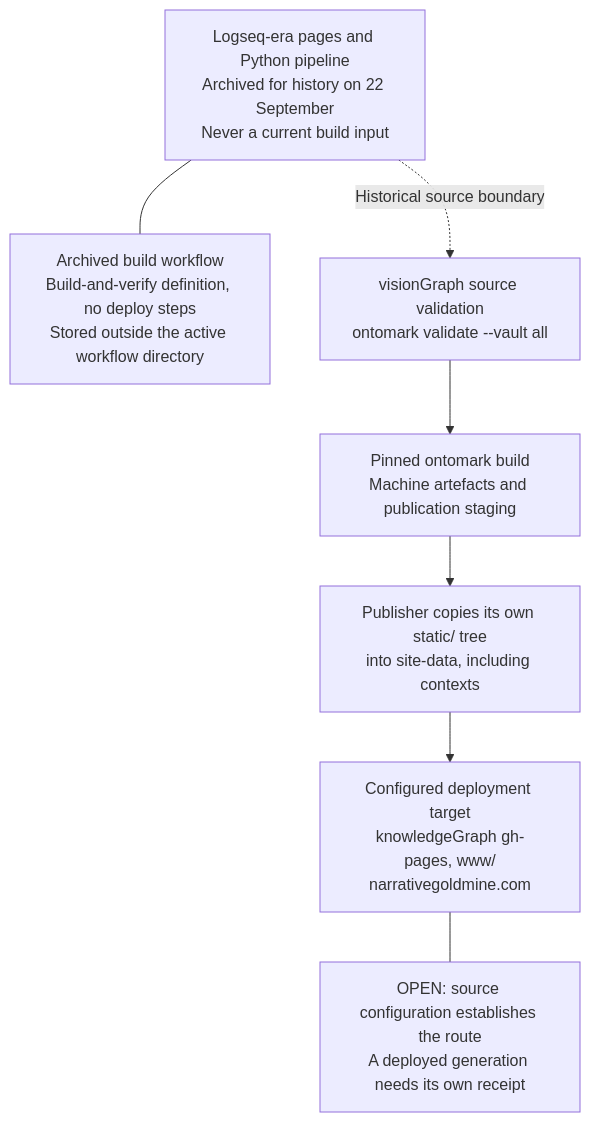
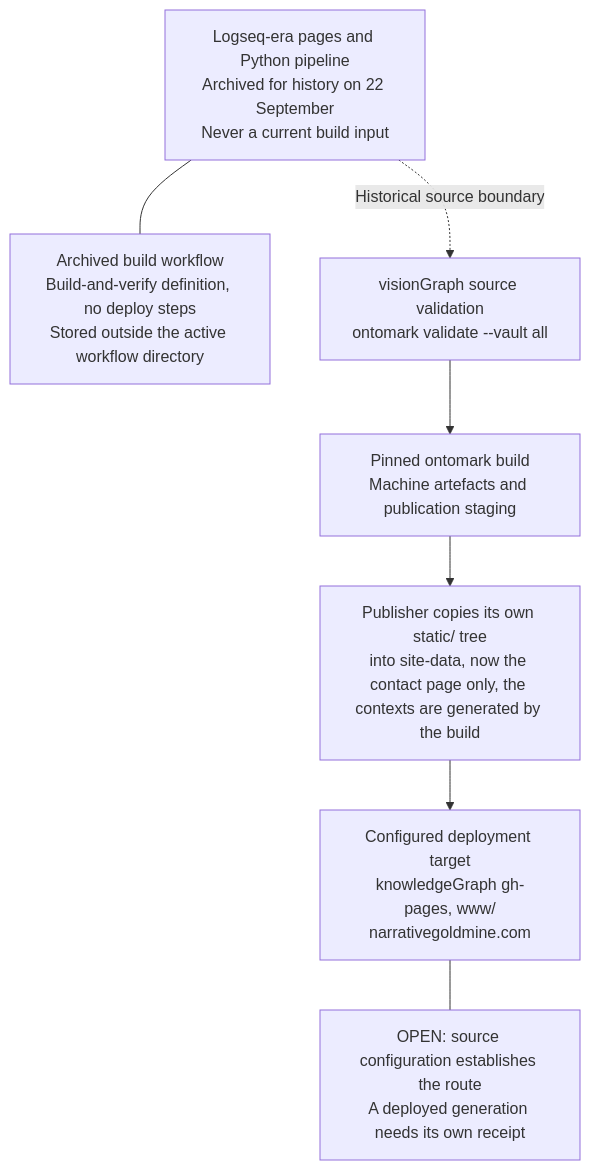
The first of 2 diagrams in docs/diagrams/knowledgegraph/01-repo-composition-and-licensing.md (DreamLab-AI/VisionFlow), drawn with Mermaid before and after one commit. The commit also changed other lines of this file and 49 other files, not shown here.

First line of the commit message:
docs(diagrams): re-derive and re-stamp VisionClaw, estate, knowledge-graph, visionGraph, VisionFlow and sidestr topics

````diff
--- a/docs/diagrams/knowledgegraph/01-repo-composition-and-licensing.md
+++ b/docs/diagrams/knowledgegraph/01-repo-composition-and-licensing.md
@@ -28,20 +28,20 @@
 ```mermaid
 flowchart TB
     %% knowledgeGraph/archive/logseq-era-2026-09-22/README.md:1
     ARC["Logseq-era pages and Python pipeline<br/>Archived for history on 22 September<br/>Never a current build input"]
     %% knowledgeGraph/archive/github-workflows/build.yml:1
     OLD["Archived build workflow<br/>Build-and-verify definition, no deploy steps<br/>Stored outside the active workflow directory"]
     %% visionGraph/.github/workflows/publish.yml:127
     VALID["visionGraph source validation<br/>ontomark validate --vault all"]
-    %% visionGraph/.github/workflows/publish.yml:175
+    %% visionGraph/.github/workflows/publish.yml:174
     BUILD["Pinned ontomark build<br/>Machine artefacts and publication staging"]
-    %% visionGraph/.github/workflows/publish.yml:262
-    STATIC["Publisher copies its own static/ tree<br/>into site-data, including contexts"]
-    %% visionGraph/.github/workflows/publish.yml:526
+    %% visionGraph/.github/workflows/publish.yml:261
+    STATIC["Publisher copies its own static/ tree<br/>into site-data, now the contact page only, the contexts are generated by the build"]
+    %% visionGraph/.github/workflows/publish.yml:535
     DEST["Configured deployment target<br/>knowledgeGraph gh-pages, www/<br/>narrativegoldmine.com"]
     ARC --- OLD
     VALID --> BUILD --> STATIC --> DEST
     ARC -.->|"Historical source boundary"| VALID
     NOTE["OPEN: source configuration establishes the route<br/>A deployed generation needs its own receipt"]
     DEST --- NOTE
 ```
````
